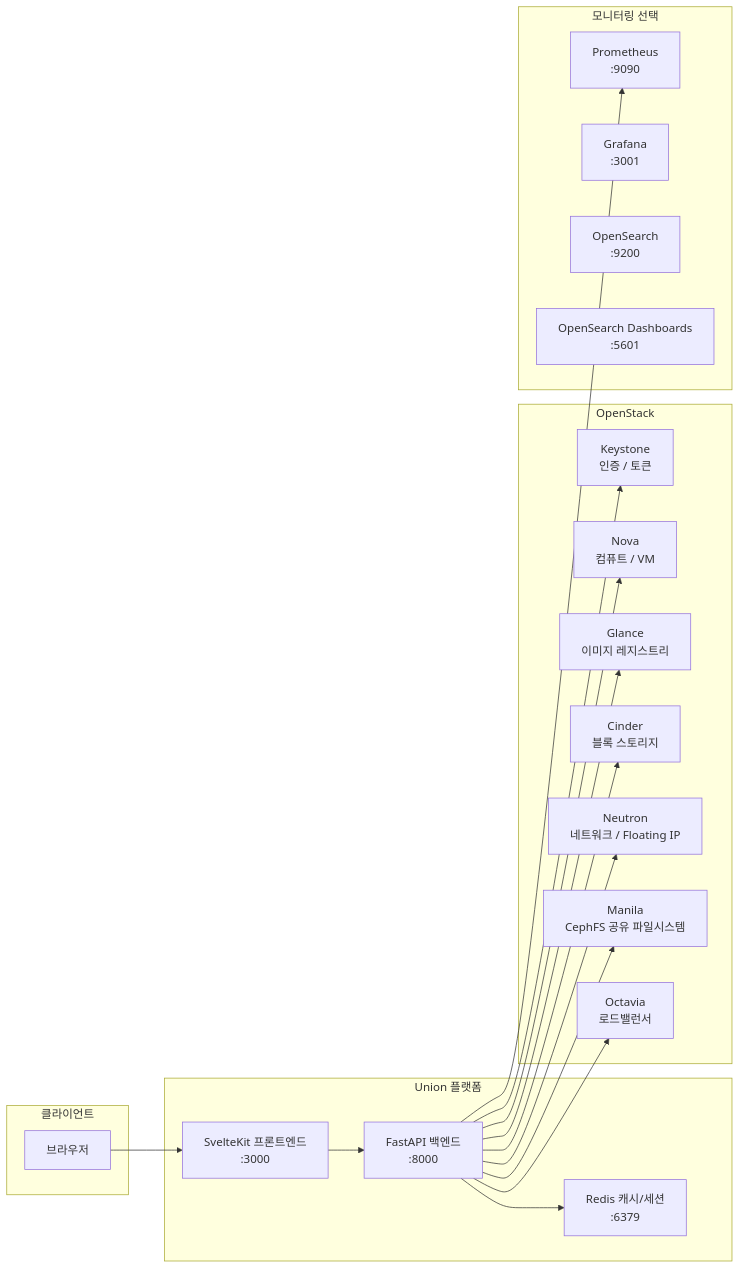
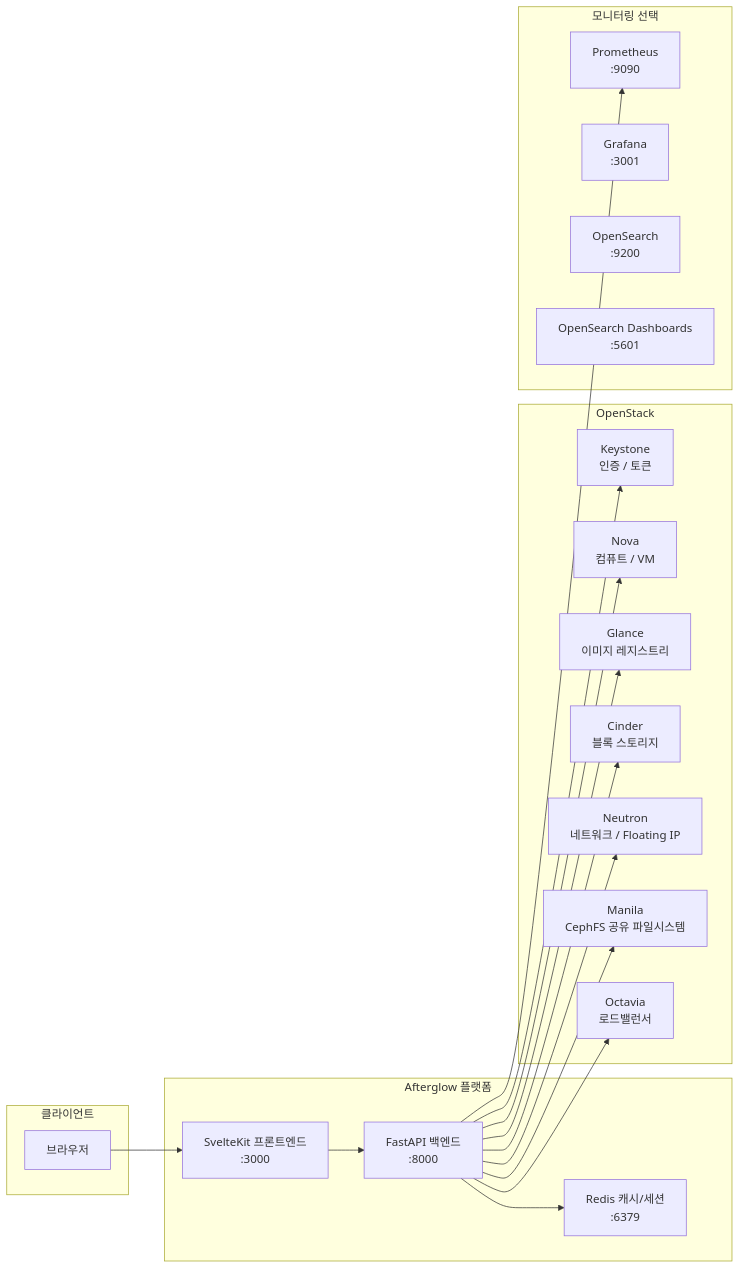
The first of 4 diagrams in docs/architecture.md (jung-geun/openstack-afterglow), drawn with Mermaid before and after one commit. The commit also changed other lines of this file and 7 other files, not shown here.

First line of the commit message:
docs: 기술문서 정비 — Union→Afterglow 수정 + k3s API 문서 신규 작성

````diff
--- a/docs/architecture.md
+++ b/docs/architecture.md
@@ -5,41 +5,41 @@
 ```mermaid
 graph LR
     subgraph 클라이언트
         Browser["브라우저"]
     end
 
-    subgraph Union 플랫폼
+    subgraph Afterglow 플랫폼
         FE["SvelteKit 프론트엔드\n:3000"]
         API["FastAPI 백엔드\n:8000"]
         Redis["Redis 캐시/세션\n:6379"]
     end
 
     subgraph OpenStack
         KS["Keystone\n인증 / 토큰"]
         Nova["Nova\n컴퓨트 / VM"]
         Glance["Glance\n이미지 레지스트리"]
         Cinder["Cinder\n블록 스토리지"]
         Neutron["Neutron\n네트워크 / Floating IP"]
         Manila["Manila\nCephFS 공유 파일시스템"]
         Octavia["Octavia\n로드밸런서"]
     end
 
     subgraph 모니터링 선택
         Prom["Prometheus\n:9090"]
         Grafana["Grafana\n:3001"]
         OS["OpenSearch\n:9200"]
         OSD["OpenSearch Dashboards\n:5601"]
     end
 
     Browser --> FE
     FE --> API
     API --> Redis
     API --> KS
     API --> Nova
     API --> Glance
     API --> Cinder
     API --> Neutron
     API --> Manila
     API --> Octavia
     API --> Prom
 ```
````
